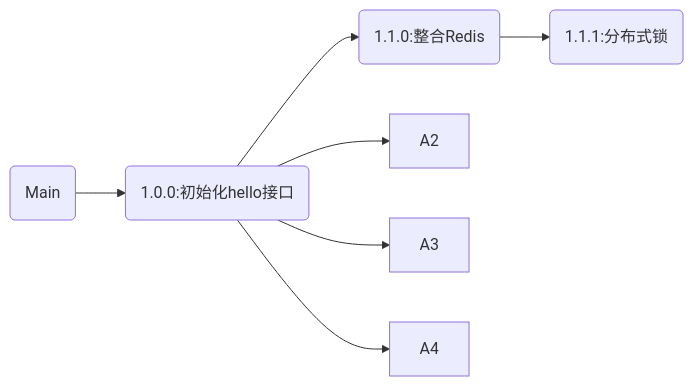
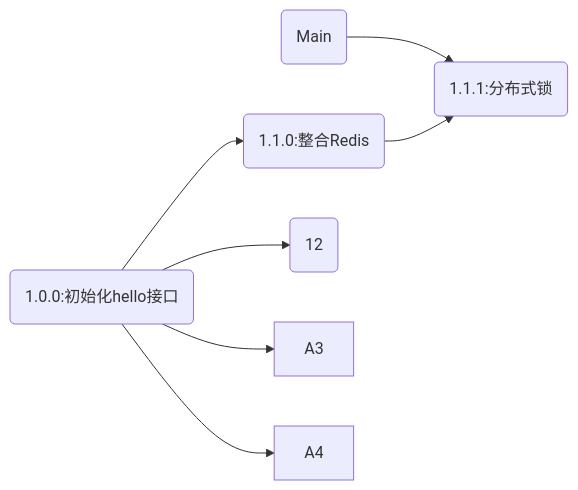
Before and after one commit to moyifengxue/simple_functions: the diagram in README.md, drawn with Mermaid.

Commit message:
暂存

````diff
--- a/README.md
+++ b/README.md
@@ -24,9 +24,9 @@
 ```mermaid
 graph LR;
+B(Main)-->A11
 A(1.0.0:初始化hello接口)-->A1;
-A(1.0.0:初始化hello接口)-->A2;
+A(1.0.0:初始化hello接口)-->A2(12);
 A(1.0.0:初始化hello接口)-->A3;
 A(1.0.0:初始化hello接口)-->A4;
 A1(1.1.0:整合Redis)-->A11(1.1.1:分布式锁);
-B(Main)-->A
 ```
````
